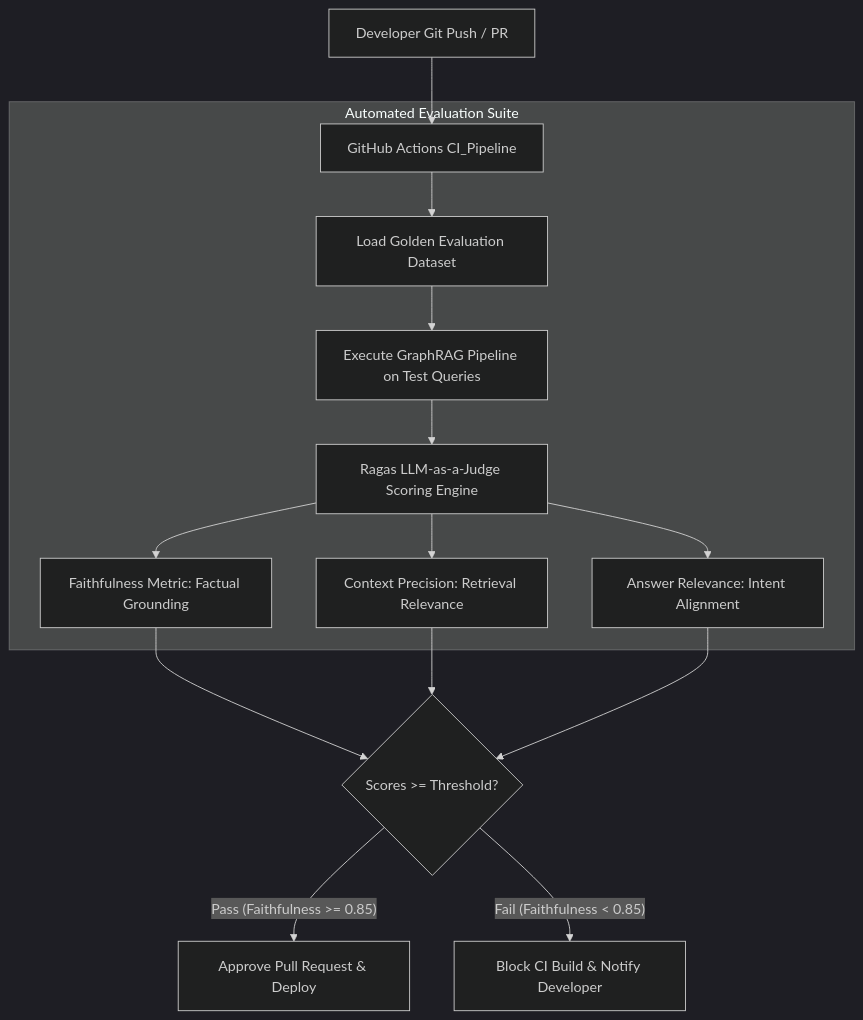
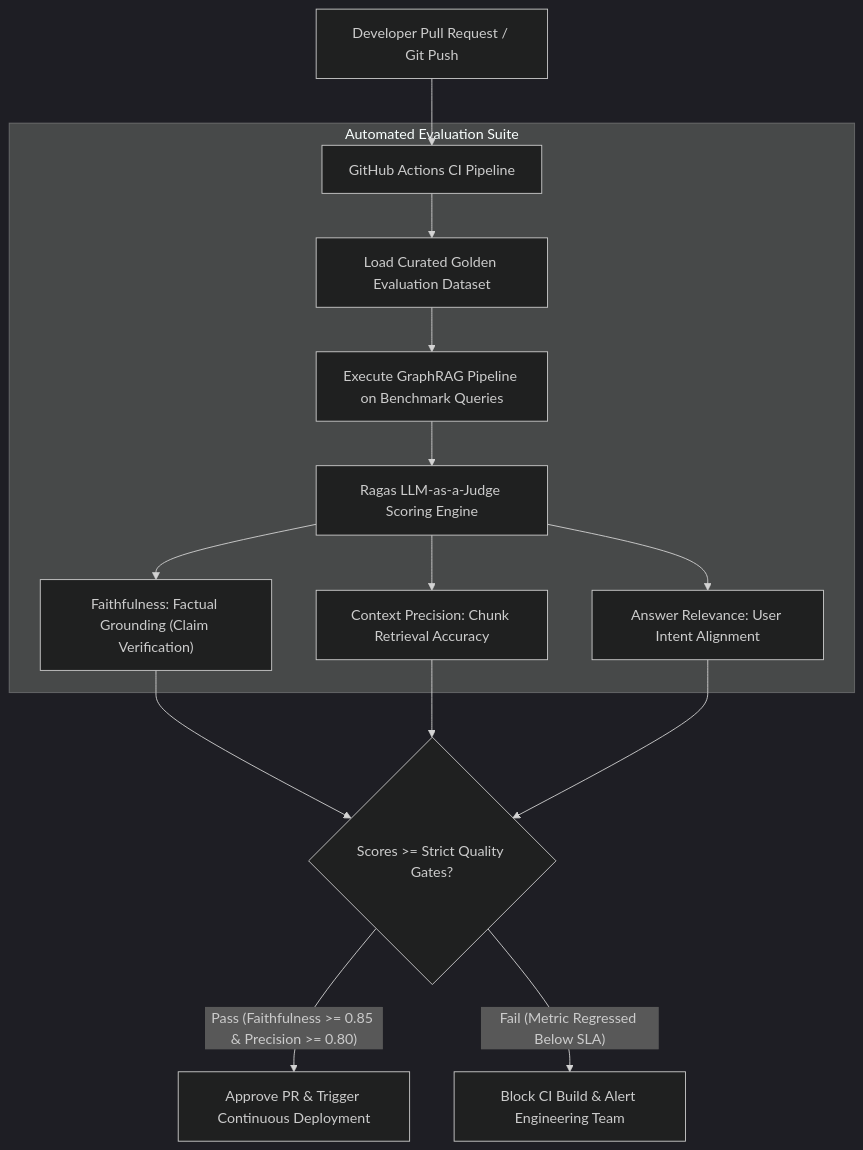
The first of 2 diagrams in content/series/ai-data-engineering-pipeline/part-10-production-evals-cicd.md (vesviet/vesviet), drawn with Mermaid (dark theme) before and after one commit. The commit also changed other lines of this file and 13 other files, not shown here.

Commit message:
feat(ai-data-engineering-pipeline): upgrade 2027 SOTA series and 100-round research report

````diff
--- a/content/series/ai-data-engineering-pipeline/part-10-production-evals-cicd.md
+++ b/content/series/ai-data-engineering-pipeline/part-10-production-evals-cicd.md
@@ -38,21 +41,21 @@
 ```mermaid
 graph TD
-    GitPush["Developer Git Push / PR"] --> CI_Pipeline["GitHub Actions CI_Pipeline"]
+    GitPush["Developer Pull Request / Git Push"] --> CI_Pipeline["GitHub Actions CI Pipeline"]
     
     subgraph Automated_Evaluation_Suite ["Automated Evaluation Suite"]
-        CI_Pipeline --> Dataset["Load Golden Evaluation Dataset"]
-        Dataset --> RunRAG["Execute GraphRAG Pipeline on Test Queries"]
+        CI_Pipeline --> Dataset["Load Curated Golden Evaluation Dataset"]
+        Dataset --> RunRAG["Execute GraphRAG Pipeline on Benchmark Queries"]
         RunRAG --> RagasEngine["Ragas LLM-as-a-Judge Scoring Engine"]
         
-        RagasEngine --> Metric1["Faithfulness Metric: Factual Grounding"]
-        RagasEngine --> Metric2["Context Precision: Retrieval Relevance"]
-        RagasEngine --> Metric3["Answer Relevance: Intent Alignment"]
+        RagasEngine --> Metric1["Faithfulness: Factual Grounding (Claim Verification)"]
+        RagasEngine --> Metric2["Context Precision: Chunk Retrieval Accuracy"]
+        RagasEngine --> Metric3["Answer Relevance: User Intent Alignment"]
     end
 
-    Metric1 --> Check{"Scores >= Threshold?"}
-    Metric2 --> Check
-    Metric3 --> Check
+    Metric1 --> GateCheck{"Scores >= Strict Quality Gates?"}
+    Metric2 --> GateCheck
+    Metric3 --> GateCheck
 
-    Check -->|"Pass (Faithfulness >= 0.85)"| Merge["Approve Pull Request & Deploy"]
-    Check -->|"Fail (Faithfulness < 0.85)"| Block["Block CI Build & Notify Developer"]
+    GateCheck -->|"Pass (Faithfulness >= 0.85 & Precision >= 0.80)"| Merge["Approve PR & Trigger Continuous Deployment"]
+    GateCheck -->|"Fail (Metric Regressed Below SLA)"| Block["Block CI Build & Alert Engineering Team"]
 ```
````
